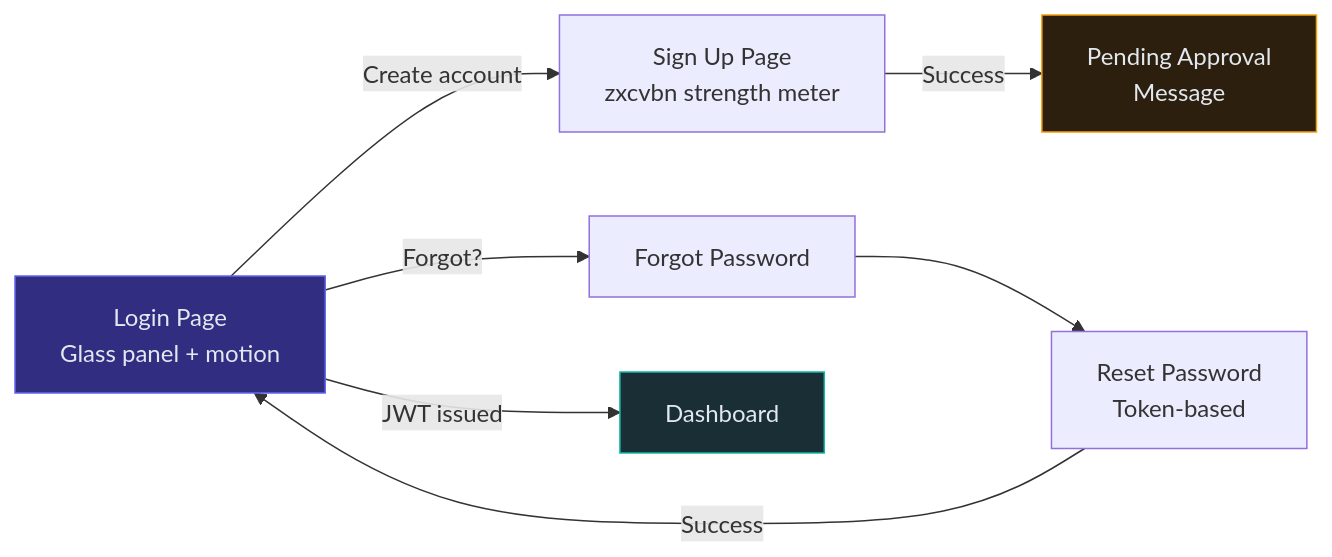
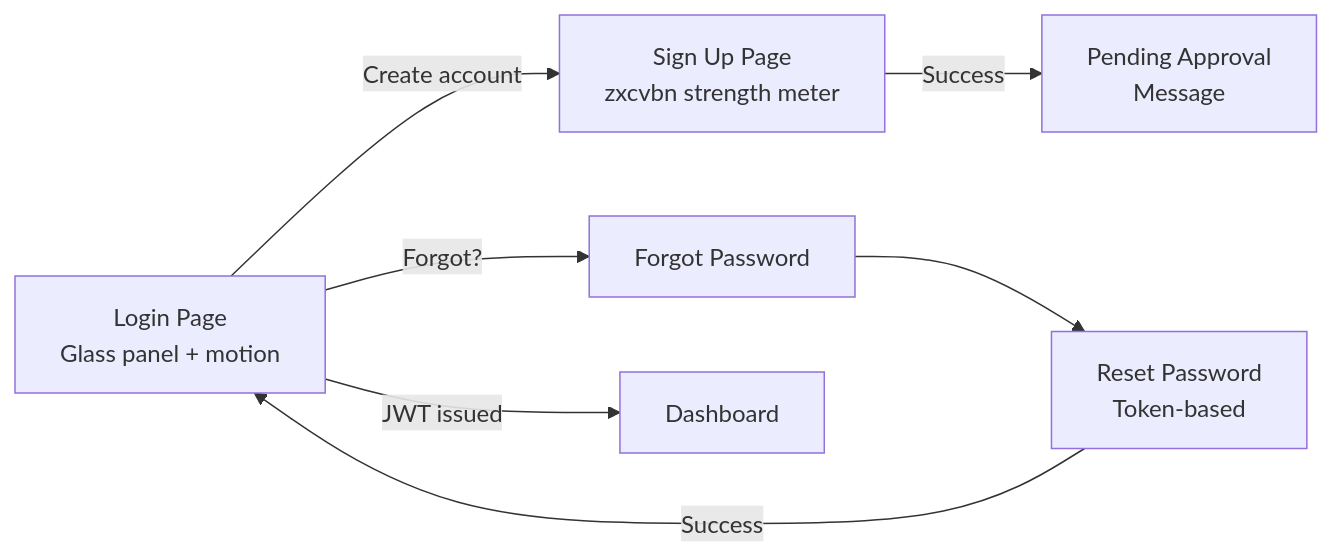
One commit to rkrumins/dataviz changed the second of 11 diagrams in docs/FRONTEND.md. Above: the diagram before and after it, drawn with Mermaid. The commit also changed other lines of this file and 46 other files, not shown here.

````diff
--- a/docs/FRONTEND.md
+++ b/docs/FRONTEND.md
@@ -111,20 +107,17 @@
 ```mermaid
 graph LR
     Login["Login Page<br/>Glass panel + motion"]
     Signup["Sign Up Page<br/>zxcvbn strength meter"]
     Forgot["Forgot Password"]
     Reset["Reset Password<br/>Token-based"]
     Dashboard["Dashboard"]
     Pending["Pending Approval<br/>Message"]
 
     Login -->|"Create account"| Signup
     Signup -->|Success| Pending
     Login -->|"Forgot?"| Forgot
     Forgot --> Reset
     Reset -->|Success| Login
     Login -->|"JWT issued"| Dashboard
 
-    style Login fill:#312e81,stroke:#6366f1,color:#e2e8f0
-    style Dashboard fill:#1a2e35,stroke:#14b8a6,color:#e2e8f0
-    style Pending fill:#2d1f0e,stroke:#f59e0b,color:#e2e8f0
 ```
````
